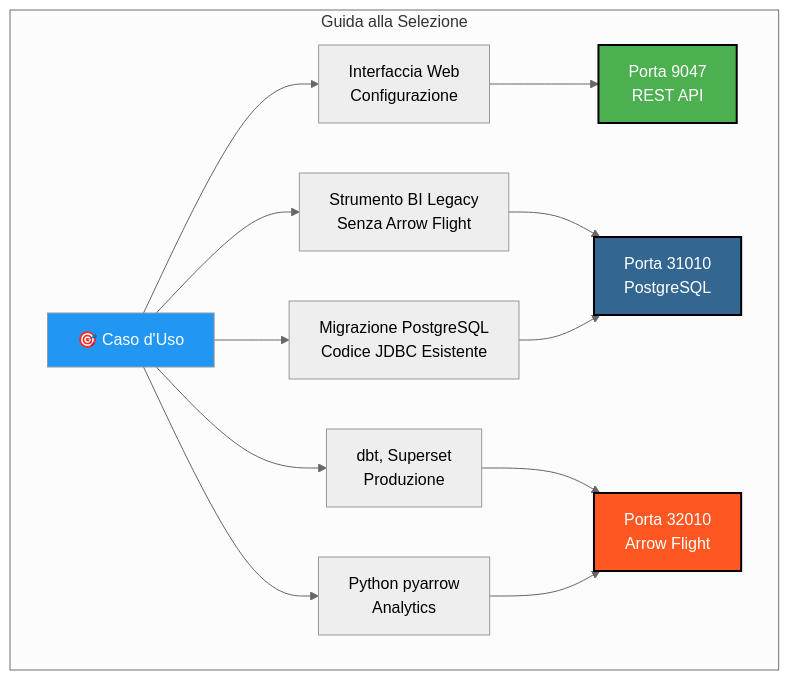
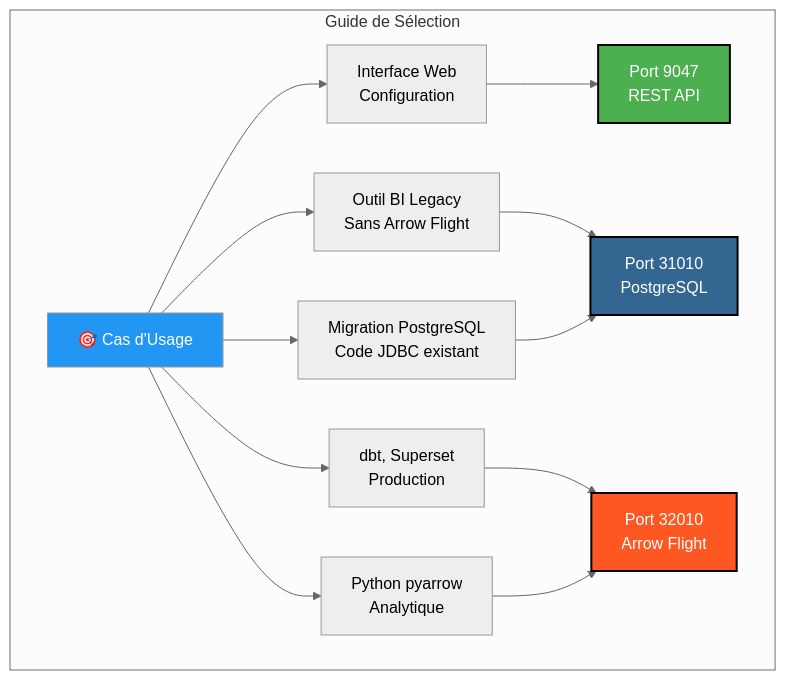
Before and after one commit to Monsau/Talentys-OSS-Data-Platform: the eighth of 8 diagrams in docs/i18n/it/architecture/dremio-ports-visual.md, drawn with Mermaid (neutral theme). The commit also changed other lines of this file and 485 other files, not shown here.

First line of the commit message:
feat: v1.1.0 - Complete i18n roadmap, AI services, and data platform

````diff
--- a/docs/i18n/it/architecture/dremio-ports-visual.md
+++ b/docs/i18n/it/architecture/dremio-ports-visual.md
@@ -487,23 +455,23 @@
 ```mermaid
 graph TB
-    subgraph "Guida alla Selezione"
-        A["🎯 Caso d'Uso"]
+    subgraph "Guide de Sélection"
+        A["🎯 Cas d'Usage"]
         
-        A --> B1["Interfaccia Web<br/>Configurazione"]
-        A --> B2["Strumento BI Legacy<br/>Senza Arrow Flight"]
-        A --> B3["Migrazione PostgreSQL<br/>Codice JDBC Esistente"]
-        A --> B4["dbt, Superset<br/>Produzione"]
-        A --> B5["Python pyarrow<br/>Analytics"]
+        A --> B1["Interface Web<br/>Configuration"]
+        A --> B2["Outil BI Legacy<br/>Sans Arrow Flight"]
+        A --> B3["Migration PostgreSQL<br/>Code JDBC existant"]
+        A --> B4["dbt, Superset<br/>Production"]
+        A --> B5["Python pyarrow<br/>Analytique"]
         
-        B1 --> C1["Porta 9047<br/>REST API"]
-        B2 --> C2["Porta 31010<br/>PostgreSQL"]
+        B1 --> C1["Port 9047<br/>REST API"]
+        B2 --> C2["Port 31010<br/>PostgreSQL"]
         B3 --> C2
-        B4 --> C3["Porta 32010<br/>Arrow Flight"]
+        B4 --> C3["Port 32010<br/>Arrow Flight"]
         B5 --> C3
     end
     
     style A fill:#2196F3,color:#fff
     style C1 fill:#4CAF50,color:#fff,stroke:#000,stroke-width:2px
     style C2 fill:#336791,color:#fff,stroke:#000,stroke-width:2px
     style C3 fill:#FF5722,color:#fff,stroke:#000,stroke-width:2px
 ```
````
